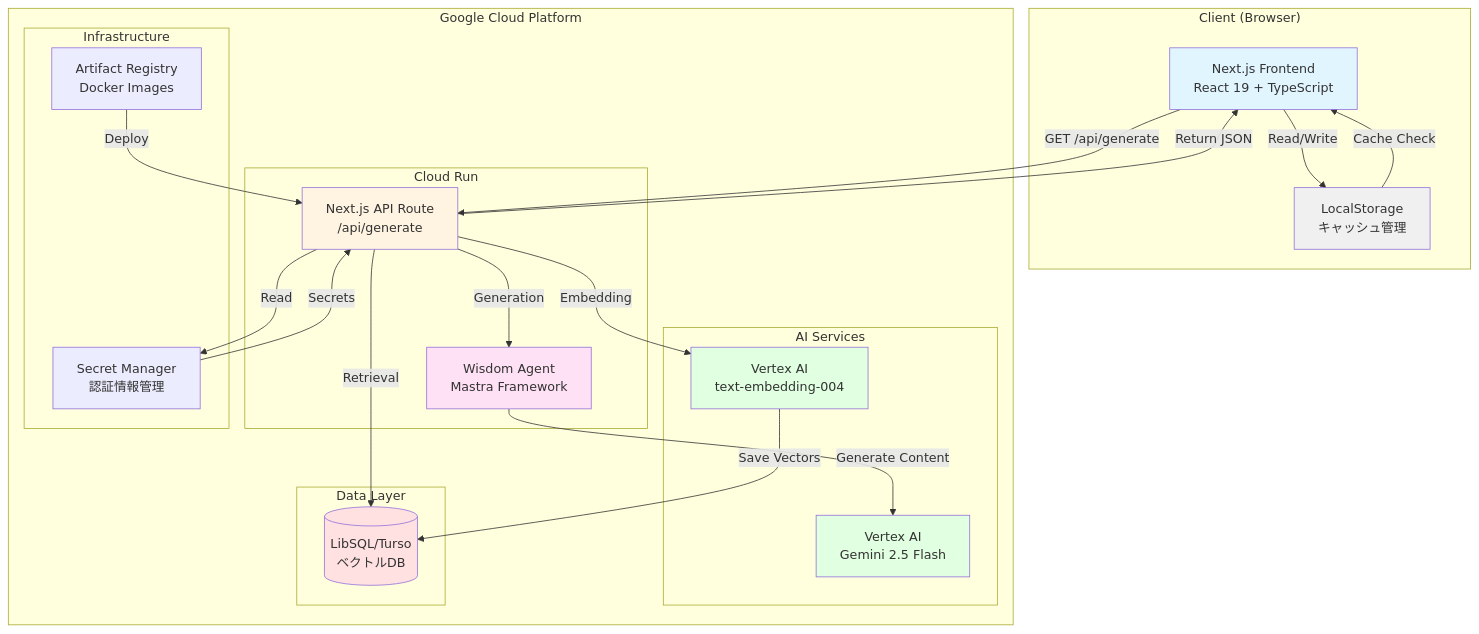
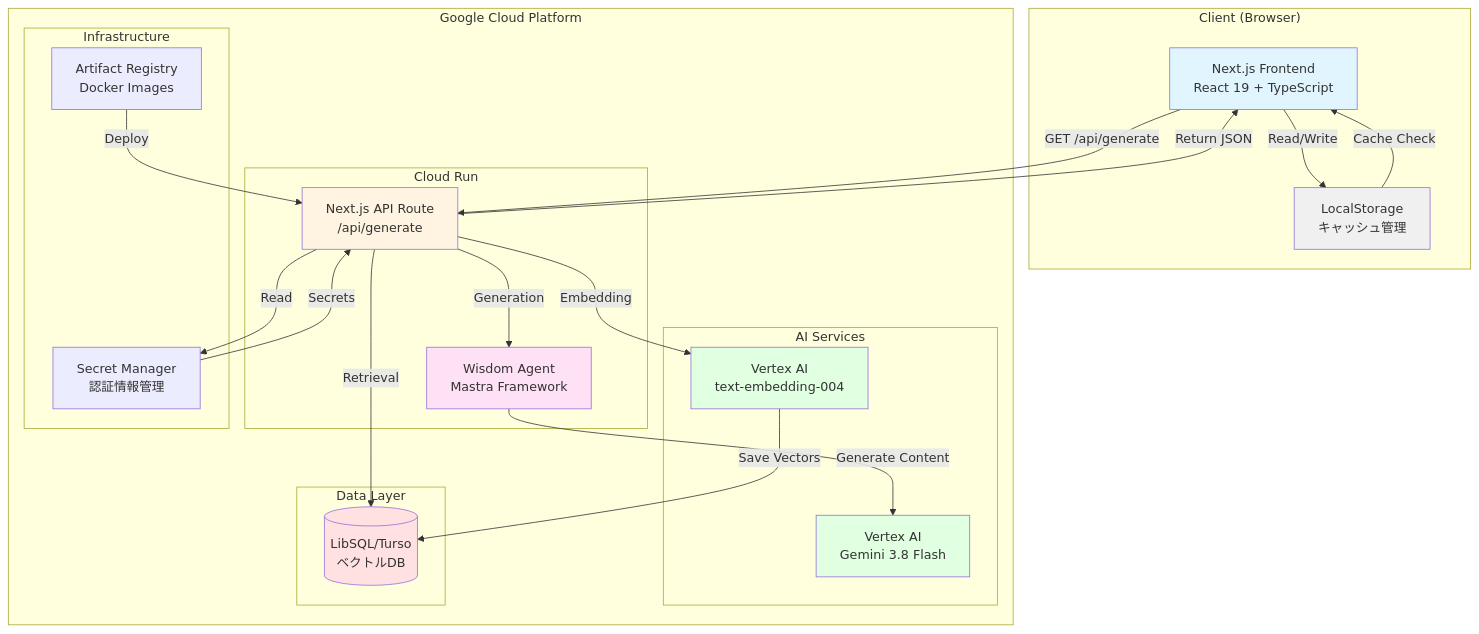
The first of 4 diagrams in docs/architecture.md (m-saito14/daily-wisdom), drawn with Mermaid before and after one commit. The commit also changed other lines of this file and 3 other files, not shown here.

````diff
--- a/docs/architecture.md
+++ b/docs/architecture.md
@@ -37,51 +37,51 @@
 ```mermaid
 graph TB
     subgraph "Client (Browser)"
         UI[Next.js Frontend<br/>React 19 + TypeScript]
         LS[LocalStorage<br/>キャッシュ管理]
     end
 
     subgraph "Google Cloud Platform"
         subgraph "Cloud Run"
             API[Next.js API Route<br/>/api/generate]
             AGENT[Wisdom Agent<br/>Mastra Framework]
         end
 
         subgraph "AI Services"
-            VERTEX[Vertex AI<br/>Gemini 2.5 Flash]
+            VERTEX[Vertex AI<br/>Gemini 3.8 Flash]
             EMBED[Vertex AI<br/>text-embedding-004]
         end
 
         subgraph "Data Layer"
             DB[(LibSQL/Turso<br/>ベクトルDB)]
         end
 
         subgraph "Infrastructure"
             AR[Artifact Registry<br/>Docker Images]
             SM[Secret Manager<br/>認証情報管理]
         end
     end
 
     UI -->|GET /api/generate| API
     UI -->|Read/Write| LS
     LS -->|Cache Check| UI
 
     API -->|Retrieval| DB
     API -->|Generation| AGENT
     AGENT -->|Generate Content| VERTEX
     API -->|Embedding| EMBED
     EMBED -->|Save Vectors| DB
     API -->|Return JSON| UI
 
     AR -->|Deploy| API
     SM -->|Secrets| API
     API -->|Read| SM
 
     style UI fill:#e1f5ff
     style API fill:#fff4e1
     style AGENT fill:#ffe1f5
     style VERTEX fill:#e1ffe1
     style EMBED fill:#e1ffe1
     style DB fill:#ffe1e1
     style LS fill:#f0f0f0
 ```
````
